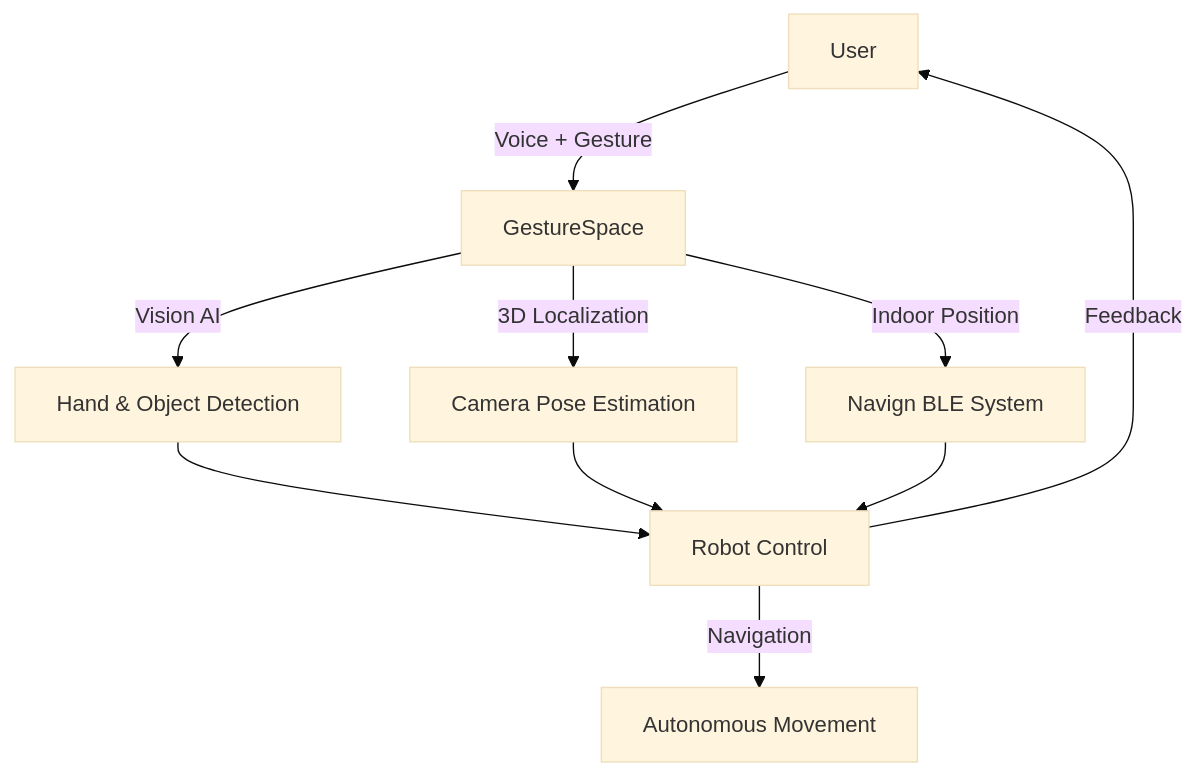
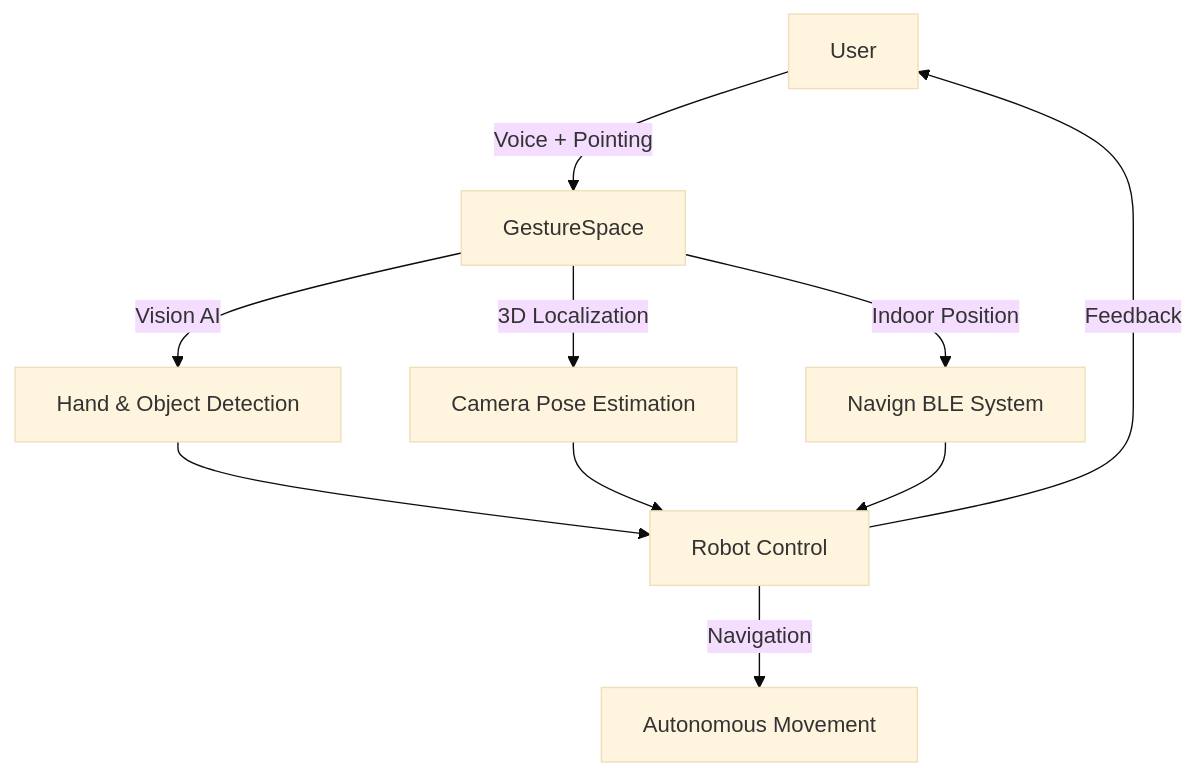
One commit to indoor-mall-nav/navign changed the third of 3 diagrams in presentation/slides.md. Above: the diagram before and after it, drawn with Mermaid (base theme). The commit also changed other lines of this file and 5 other files, not shown here.

````diff
--- a/presentation/slides.md
+++ b/presentation/slides.md
@@ -451,12 +472,12 @@
 ```mermaid
 graph TB
-    A[User] -->|Voice + Gesture| B[GestureSpace]
+    A[User] -->|Voice + Pointing| B[GestureSpace]
     B -->|Vision AI| C[Hand & Object Detection]
     B -->|3D Localization| D[Camera Pose Estimation]
     B -->|Indoor Position| E[Navign BLE System]
     C --> F[Robot Control]
     D --> F
     E --> F
     F -->|Navigation| G[Autonomous Movement]
     F -->|Feedback| A
 ```
````
